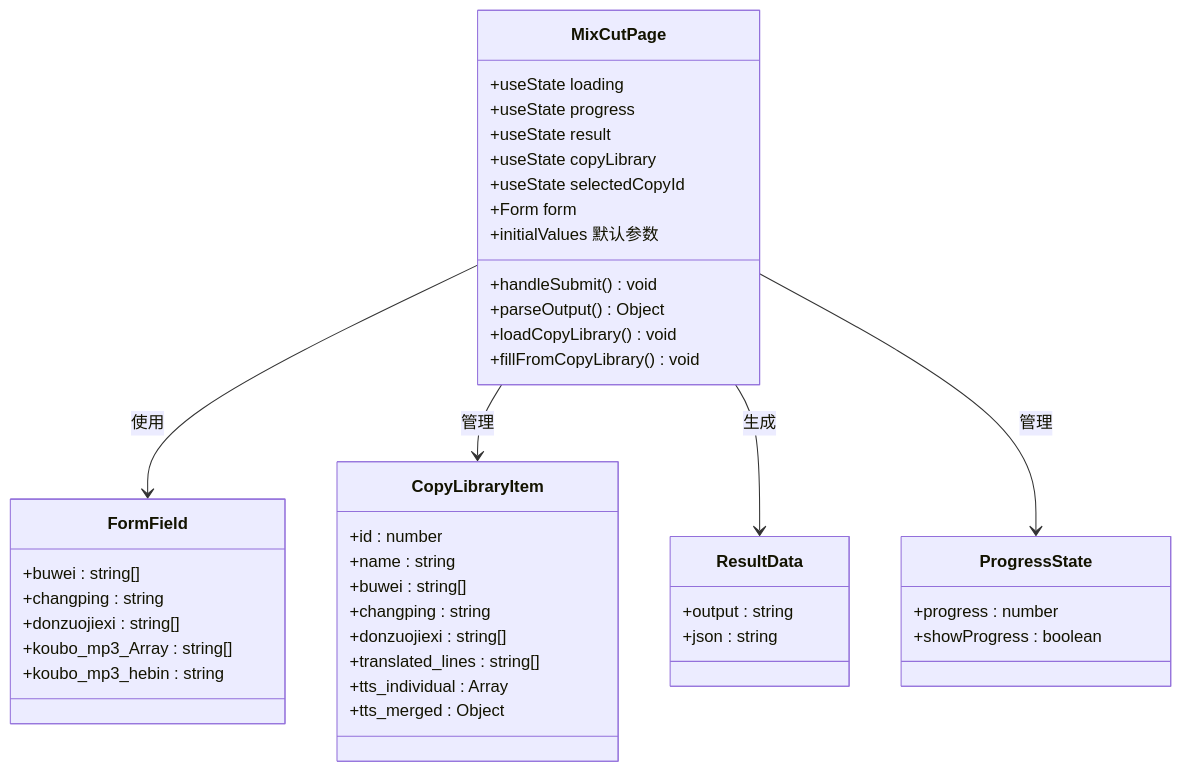
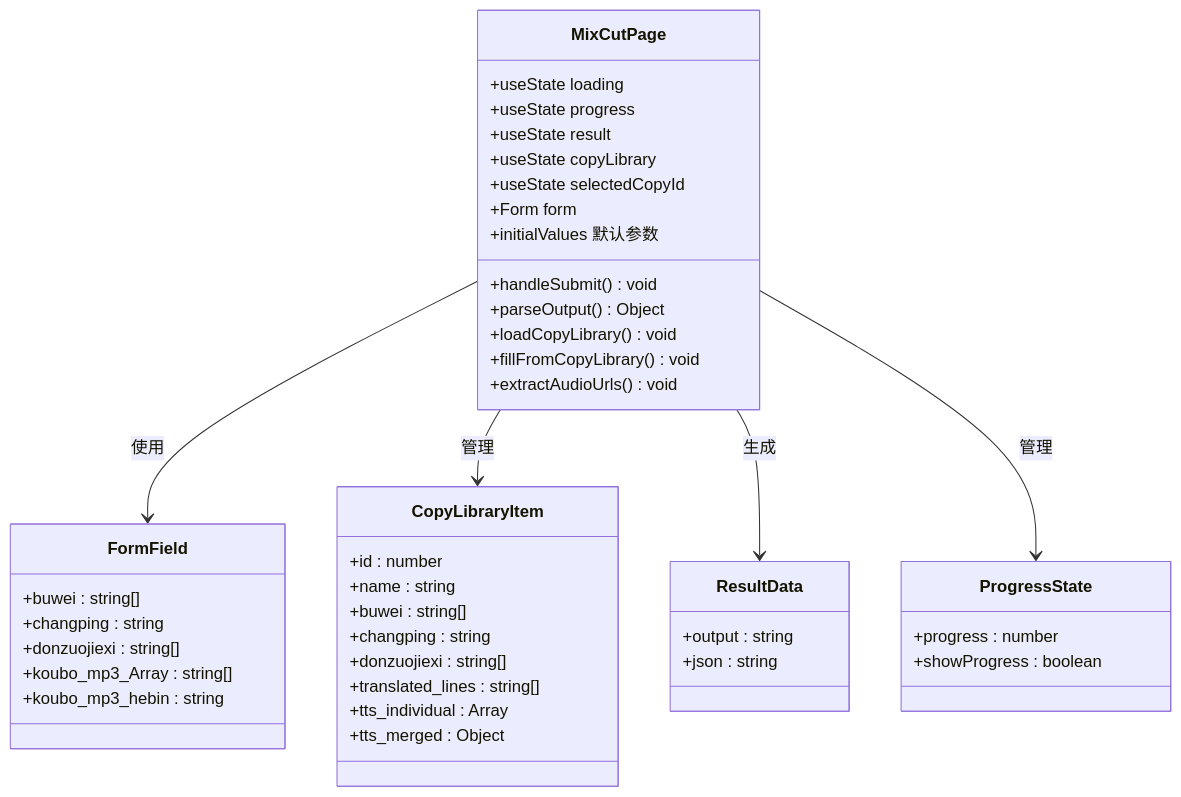
Before and after one commit to hanksd769-droid/sailshub: the sixth of 14 diagrams in .qoder/repowiki/zh/content/前端组件架构/页面组件/混剪功能页面.md, drawn with Mermaid. The commit also changed other lines of this file and 3 other files, not shown here.

````diff
--- a/.qoder/repowiki/zh/content/前端组件架构/页面组件/混剪功能页面.md
+++ b/.qoder/repowiki/zh/content/前端组件架构/页面组件/混剪功能页面.md
@@ -299,45 +334,46 @@
 ```mermaid
 classDiagram
 class MixCutPage {
 +useState loading
 +useState progress
 +useState result
 +useState copyLibrary
 +useState selectedCopyId
 +Form form
 +handleSubmit() void
 +parseOutput() Object
 +initialValues 默认参数
 +loadCopyLibrary() void
 +fillFromCopyLibrary() void
++extractAudioUrls() void
 }
 class FormField {
 +buwei : string[]
 +changping : string
 +donzuojiexi : string[]
 +koubo_mp3_Array : string[]
 +koubo_mp3_hebin : string
 }
 class CopyLibraryItem {
 +id : number
 +name : string
 +buwei : string[]
 +changping : string
 +donzuojiexi : string[]
 +translated_lines : string[]
 +tts_individual : Array
 +tts_merged : Object
 }
 class ResultData {
 +output : string
 +json : string
 }
 class ProgressState {
 +progress : number
 +showProgress : boolean
 }
 MixCutPage --> FormField : 使用
 MixCutPage --> CopyLibraryItem : 管理
 MixCutPage --> ResultData : 生成
 MixCutPage --> ProgressState : 管理
 ```
````
